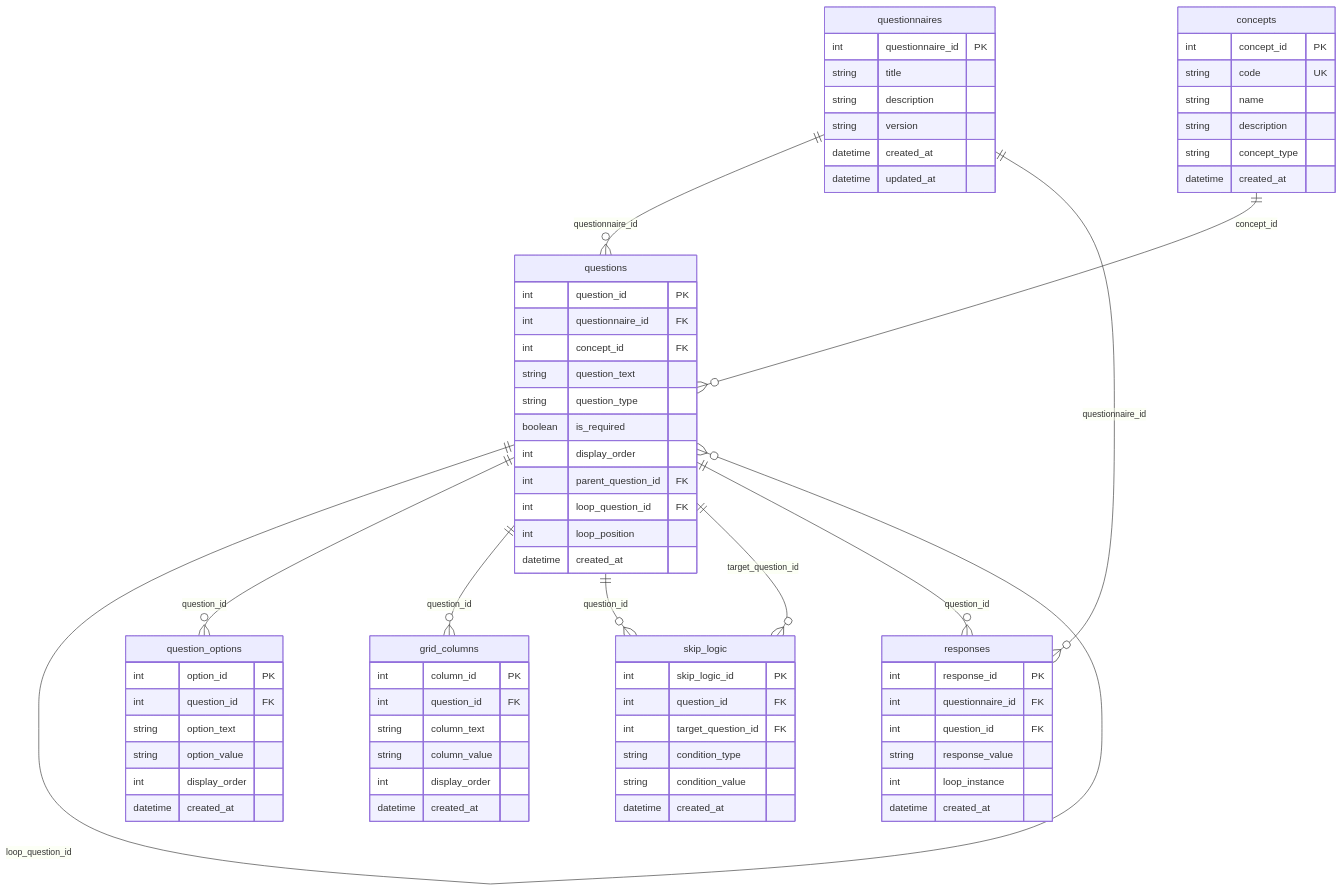
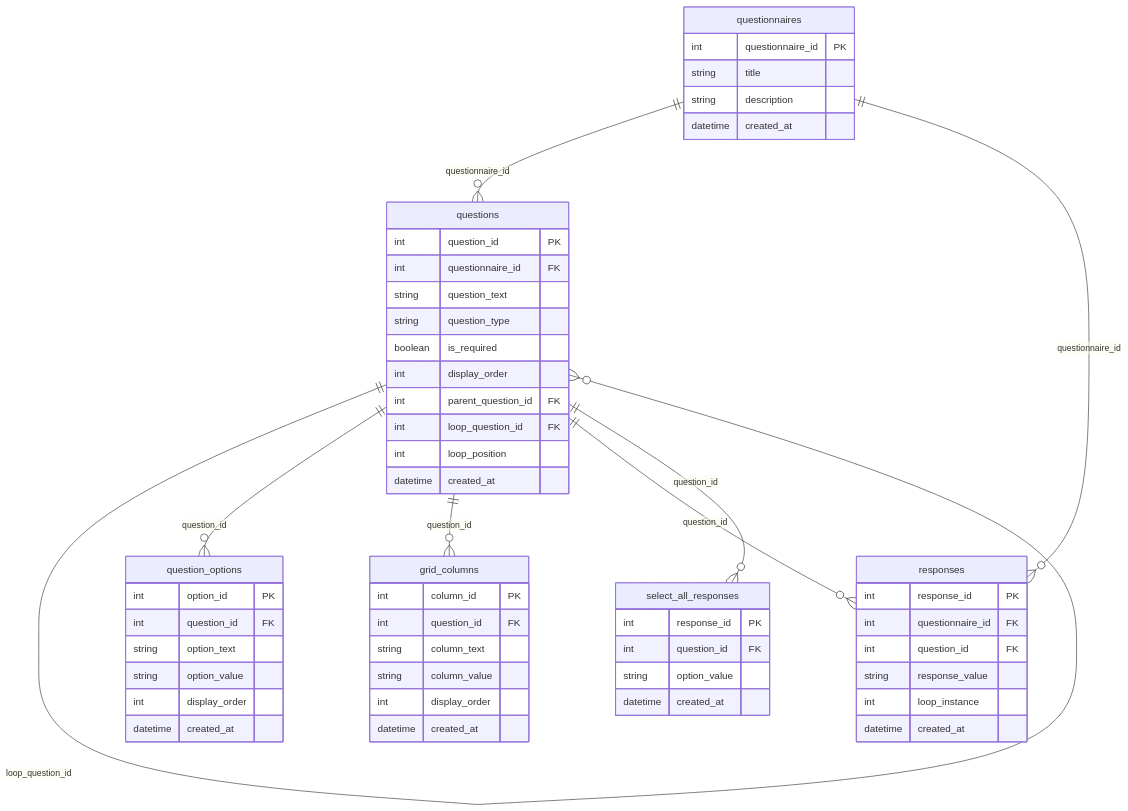
The fifth of 5 diagrams in README.md (jacobmpeters/questSQL), drawn with Mermaid before and after one commit. The commit also changed other lines of this file, not shown here.

Commit message:
docs: restructure README to show progressive implementation with intermediate diagrams

````diff
--- a/README.md
+++ b/README.md
@@ -116,75 +321,60 @@
 ```mermaid
 erDiagram
     questionnaires {
         int questionnaire_id PK
         string title
         string description
-        string version
-        datetime created_at
-        datetime updated_at
-    }
-    concepts {
-        int concept_id PK
-        string code UK
-        string name
-        string description
-        string concept_type
         datetime created_at
     }
     questions {
         int question_id PK
         int questionnaire_id FK
-        int concept_id FK
         string question_text
         string question_type
         boolean is_required
         int display_order
         int parent_question_id FK
         int loop_question_id FK
         int loop_position
         datetime created_at
     }
     question_options {
         int option_id PK
         int question_id FK
         string option_text
         string option_value
         int display_order
         datetime created_at
     }
     grid_columns {
         int column_id PK
         int question_id FK
         string column_text
         string column_value
         int display_order
         datetime created_at
     }
-    skip_logic {
-        int skip_logic_id PK
-        int question_id FK
-        int target_question_id FK
-        string condition_type
-        string condition_value
-        datetime created_at
-    }
     responses {
         int response_id PK
         int questionnaire_id FK
         int question_id FK
         string response_value
         int loop_instance
         datetime created_at
     }
+    select_all_responses {
+        int response_id PK
+        int question_id FK
+        string option_value
+        datetime created_at
+    }
 
     questionnaires ||--o{ questions : "questionnaire_id"
-    concepts ||--o{ questions : "concept_id"
     questions ||--o{ questions : "parent_question_id"
     questions ||--o{ questions : "loop_question_id"
     questions ||--o{ question_options : "question_id"
     questions ||--o{ grid_columns : "question_id"
-    questions ||--o{ skip_logic : "question_id"
-    questions ||--o{ skip_logic : "target_question_id"
     questions ||--o{ responses : "question_id"
+    questions ||--o{ select_all_responses : "question_id"
     questionnaires ||--o{ responses : "questionnaire_id"
 ```
````
